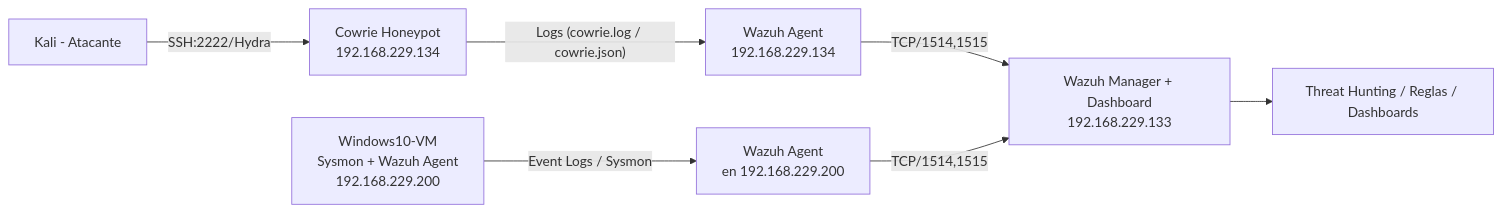
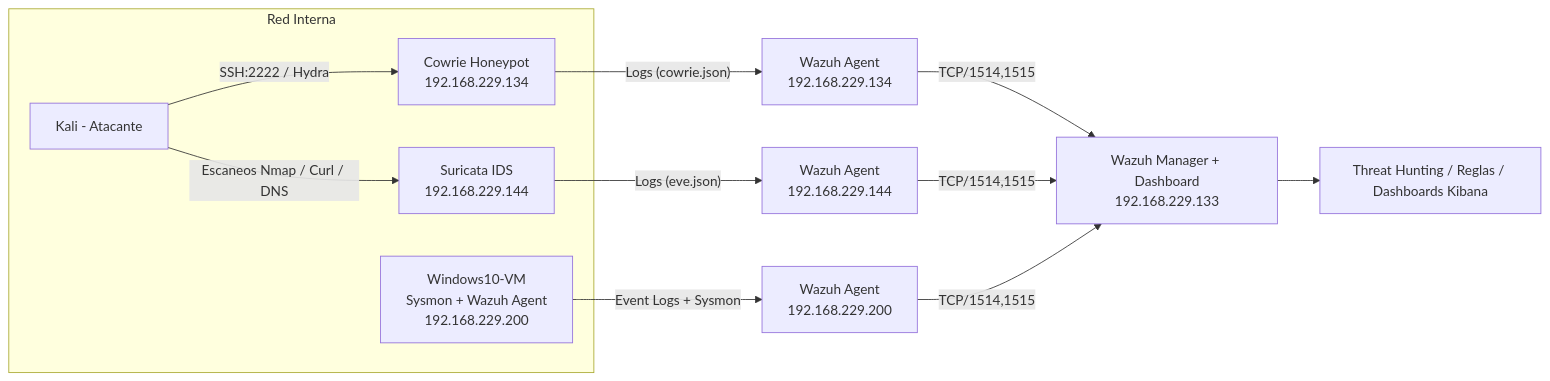
One commit to mikjurado1/mini-soc-wazuh-cowrie changed the diagram in README.md. Above: the diagram before and after it, drawn with Mermaid.

````diff
--- a/README.md
+++ b/README.md
@@ -36,13 +36,20 @@
 ```mermaid
 flowchart LR
-  A[Kali - Atacante] -- SSH:2222/Hydra --> B[Cowrie Honeypot<br/>192.168.229.134]
-  B -- Logs (cowrie.log / cowrie.json) --> C[Wazuh Agent<br/>192.168.229.134]
-  
-  F[Windows10-VM<br/>Sysmon + Wazuh Agent<br/>192.168.229.200] -- Event Logs / Sysmon --> G[Wazuh Agent<br/>en 192.168.229.200]
-  
+  subgraph Red Interna
+    A[Kali - Atacante] -- Escaneos Nmap / Curl / DNS --> H[Suricata IDS<br/>192.168.229.144]
+    A -- SSH:2222 / Hydra --> B[Cowrie Honeypot<br/>192.168.229.134]
+    F[Windows10-VM<br/>Sysmon + Wazuh Agent<br/>192.168.229.200]
+  end
+
+  B -- Logs (cowrie.json) --> C[Wazuh Agent<br/>192.168.229.134]
+  H -- Logs (eve.json) --> I[Wazuh Agent<br/>192.168.229.144]
+  F -- Event Logs + Sysmon --> G[Wazuh Agent<br/>192.168.229.200]
+
   C -- TCP/1514,1515 --> D[Wazuh Manager + Dashboard<br/>192.168.229.133]
+  I -- TCP/1514,1515 --> D
   G -- TCP/1514,1515 --> D
-  
-  D --> E[Threat Hunting / Reglas / Dashboards]
+
+  D --> E[Threat Hunting / Reglas / Dashboards Kibana]
+
 
 ```
````
